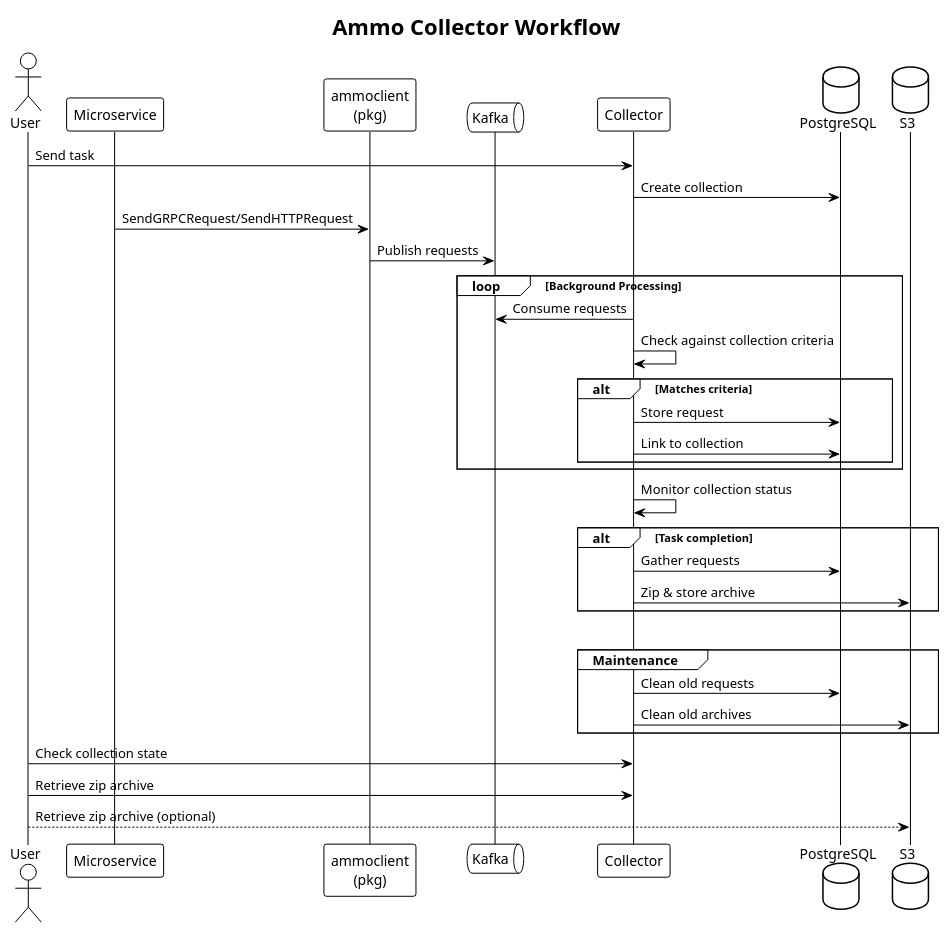
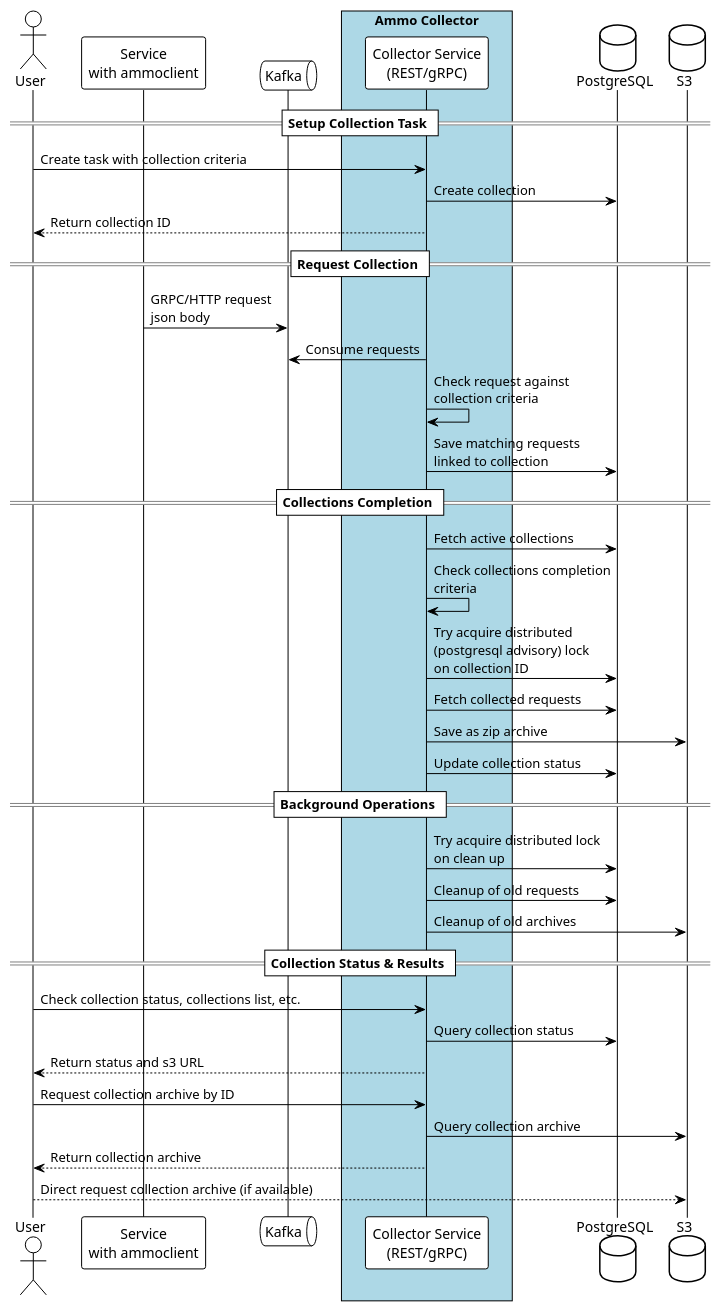
One commit to n-r-w/collector changed the diagram in docs/service-flow.puml. Above: the diagram before and after it, drawn with PlantUML. The commit also changed 4 other files, not shown here.

```diff
--- a/docs/service-flow.puml
+++ b/docs/service-flow.puml
@@ -1,49 +1,51 @@
-@startuml Ammo Collector Workflow
+@startuml
 !theme plain
+skinparam backgroundColor white
+skinparam ParticipantPadding 20
+skinparam BoxPadding 10
 
-title Ammo Collector Workflow
+actor "User" as user
+participant "Service\nwith ammoclient" as client
+queue "Kafka" as kafka
+box "Ammo Collector" #LightBlue    
+    participant "Collector Service\n(REST/gRPC)" as collector
+end box
+database "PostgreSQL" as postgres
+database "S3" as s3
 
-actor User
-participant Microservice
-User -> Collector: Send task  
+== Setup Collection Task ==
+user -> collector: Create task with collection criteria
+collector -> postgres: Create collection
+collector --> user: Return collection ID
 
-participant AmmoClient as "ammoclient\n(pkg)"
-queue Kafka
-participant "Ammo Collector" as Collector
-database PostgreSQL
-database S3
+== Request Collection ==
+client -> kafka: GRPC/HTTP request\njson body
+collector -> kafka: Consume requests
+collector -> collector: Check request against\ncollection criteria
+collector -> postgres: Save matching requests\nlinked to collection
 
-Collector -> PostgreSQL: Create collection
 
-Microservice -> AmmoClient: SendGRPCRequest/SendHTTPRequest
-AmmoClient -> Kafka: Publish requests
+== Collections Completion ==
+collector -> postgres: Fetch active collections
+collector -> collector: Check collections completion\ncriteria
+collector -> postgres: Try acquire distributed\n(postgresql advisory) lock\non collection ID
+collector -> postgres: Fetch collected requests
+collector -> s3: Save as zip archive
+collector -> postgres: Update collection status
 
-loop Background Processing
-  Collector -> Kafka: Consume requests
-  Collector -> Collector: Check against collection criteria
-  
-  alt Matches criteria
-    Collector -> PostgreSQL: Store request
-    Collector -> PostgreSQL: Link to collection
-  end
-end
+== Background Operations ==
+collector -> postgres: Try acquire distributed lock\non clean up
+collector -> postgres: Cleanup of old requests
+collector -> s3: Cleanup of old archives
 
-Collector -> Collector: Monitor collection status
+== Collection Status & Results ==
+user -> collector: Check collection status, collections list, etc.
+collector -> postgres: Query collection status
+collector --> user: Return status and s3 URL
 
-alt Task completion
-  Collector -> PostgreSQL: Gather requests
-  Collector -> S3: Zip & store archive  
-end
-
-|||
-
-group Maintenance
-  Collector -> PostgreSQL: Clean old requests
-  Collector -> S3: Clean old archives
-end
-
-User -> Collector: Check collection state
-User -> Collector: Retrieve zip archive
-User --> S3: Retrieve zip archive (optional)
+user -> collector: Request collection archive by ID
+collector -> s3: Query collection archive
+collector --> user: Return collection archive
+user --> s3: Direct request collection archive (if available)
 
 @enduml
```
